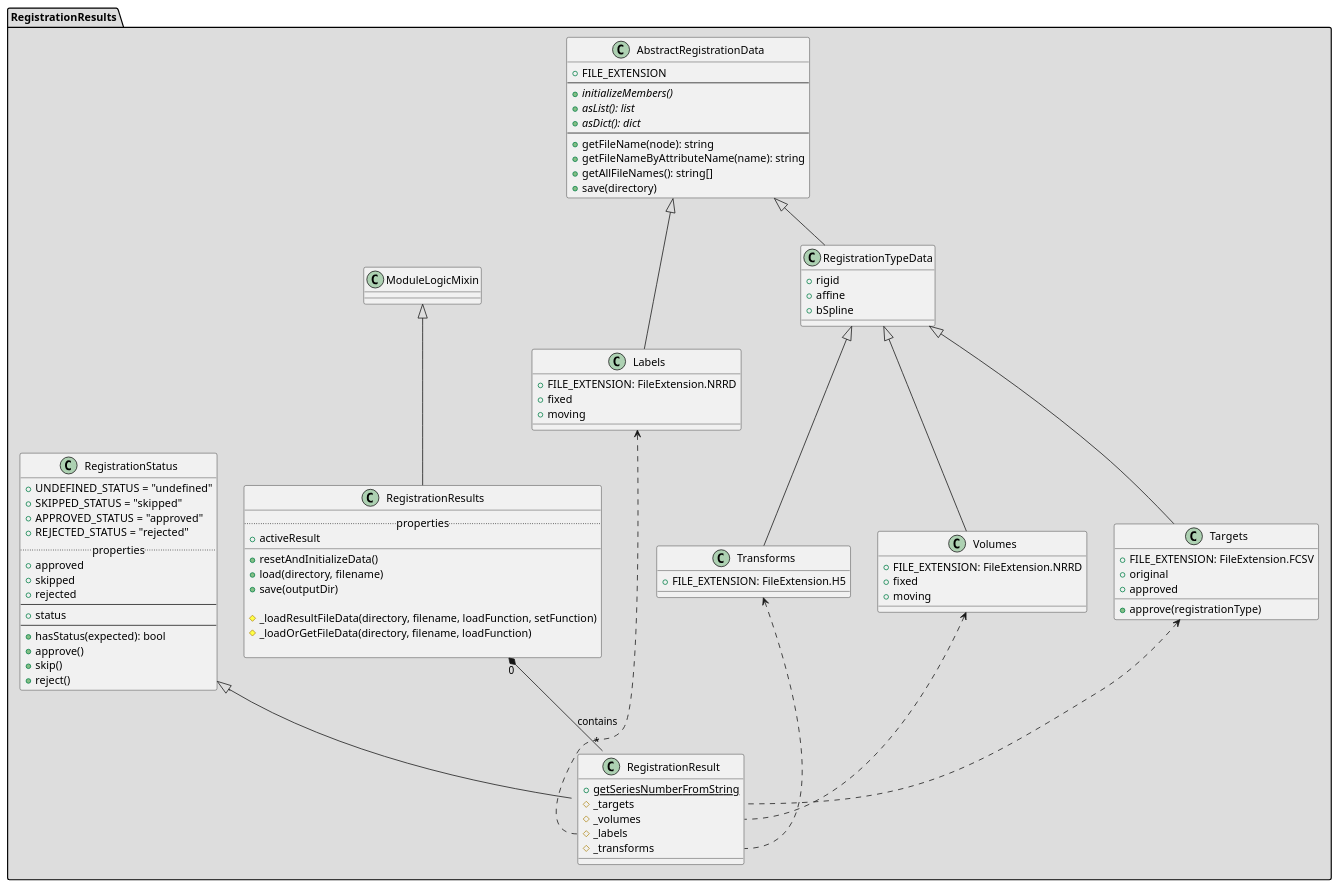
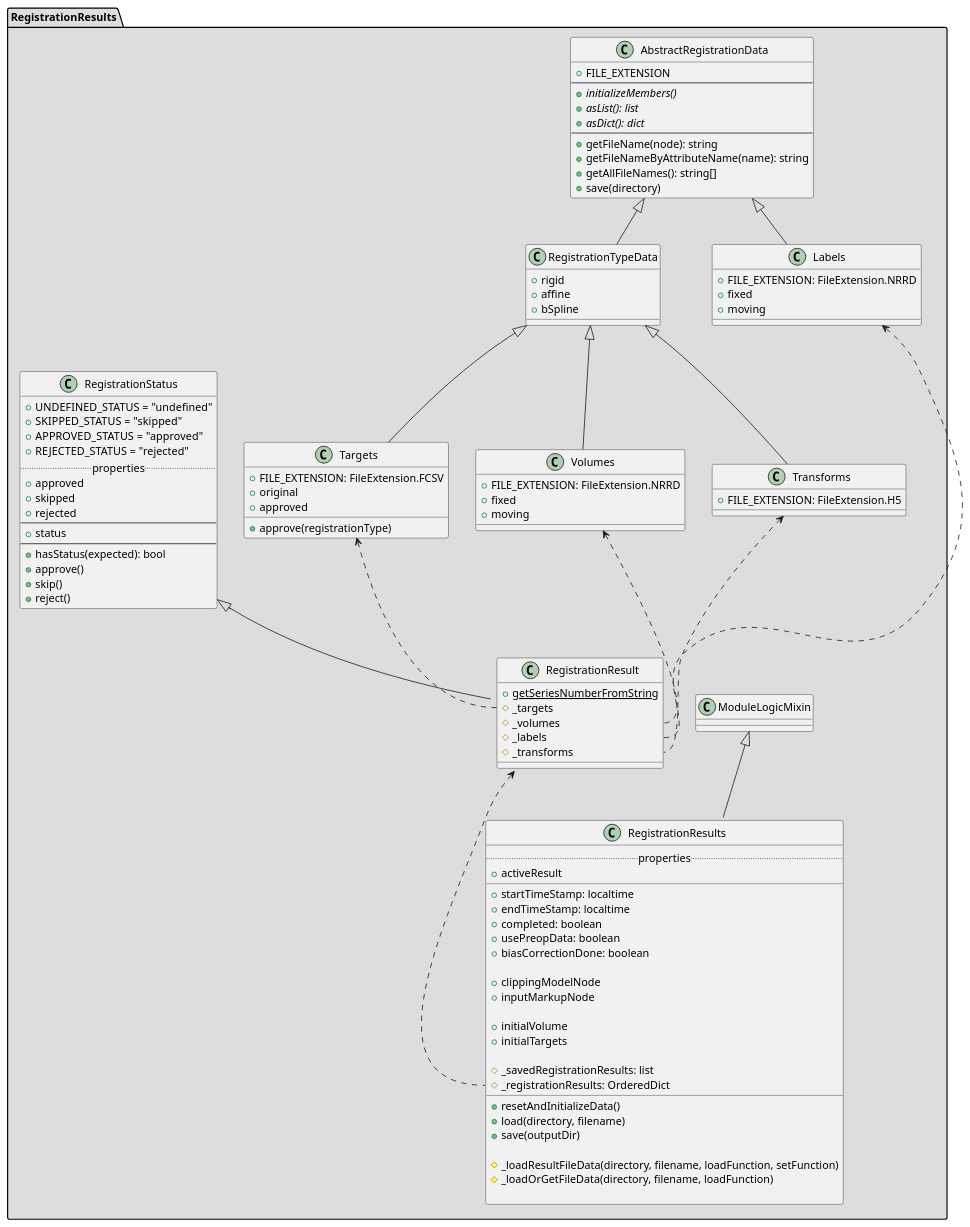
The diagram in puml/RegistrationResults.puml (SlicerProstate/SliceTracker), drawn with PlantUML before and after one commit. The commit also changed 6 other files, not shown here.

First line of the commit message:
ENH: work on UML diagrams

```diff
--- a/puml/RegistrationResults.puml
+++ b/puml/RegistrationResults.puml
@@ -1,104 +1,120 @@
 @startuml
 
 package "RegistrationResults" #DDDDDD {
 
   class RegistrationResults {
     .. properties ..
     + activeResult
+    __
+    + startTimeStamp: localtime
+    + endTimeStamp: localtime
+    + completed: boolean
+    + usePreopData: boolean
+    + biasCorrectionDone: boolean
+
+    + clippingModelNode
+    + inputMarkupNode
+
+    + initialVolume
+    + initialTargets
+
+    # _savedRegistrationResults: list
+    # _registrationResults: OrderedDict
     __
     + resetAndInitializeData()
     + load(directory, filename)
     + save(outputDir)
 
     # _loadResultFileData(directory, filename, loadFunction, setFunction)
     # _loadOrGetFileData(directory, filename, loadFunction)
 
   }
 
   ModuleLogicMixin <|-- RegistrationResults
 
   class RegistrationStatus {
     + UNDEFINED_STATUS = "undefined"
     + SKIPPED_STATUS = "skipped"
     + APPROVED_STATUS = "approved"
     + REJECTED_STATUS = "rejected"
     .. properties ..
     + approved
     + skipped
     + rejected
     --
     + status
     --
     + hasStatus(expected): bool
     + approve()
     + skip()
     + reject()
   }
 
   class RegistrationResult {
     + {static} getSeriesNumberFromString
     # _targets
     # _volumes
     # _labels
     # _transforms
   }
 
   RegistrationStatus <|-- RegistrationResult
-  RegistrationResults "0" *-- "*" RegistrationResult : contains
 
   class AbstractRegistrationData {
     + FILE_EXTENSION
     --
     + {abstract} initializeMembers()
     + {abstract} asList(): list
     + {abstract} asDict(): dict
     --
     + getFileName(node): string
     + getFileNameByAttributeName(name): string
     + getAllFileNames(): string[]
     + save(directory)
   }
 
   AbstractRegistrationData <|-- RegistrationTypeData
 
   class RegistrationTypeData {
     + rigid
     + affine
     + bSpline
   }
 
   class Labels {
     + FILE_EXTENSION: FileExtension.NRRD
     + fixed
     + moving
   }
 
   class Volumes {
     + FILE_EXTENSION: FileExtension.NRRD
     + fixed
     + moving
   }
 
   class Transforms {
     + FILE_EXTENSION: FileExtension.H5
   }
 
   class Targets {
     + FILE_EXTENSION: FileExtension.FCSV
     + original
     + approved
     + approve(registrationType)
   }
 
   AbstractRegistrationData <|-- Labels
   RegistrationTypeData <|-- Volumes
   RegistrationTypeData <|-- Transforms
   RegistrationTypeData <|-- Targets
 
   Volumes <.. RegistrationResult::_volumes
   Targets <.. RegistrationResult::_targets
   Labels <.. RegistrationResult::_labels
   Transforms <.. RegistrationResult::_transforms
+
+  RegistrationResult <.. RegistrationResults::_registrationResults
 }
 
 @enduml
```
